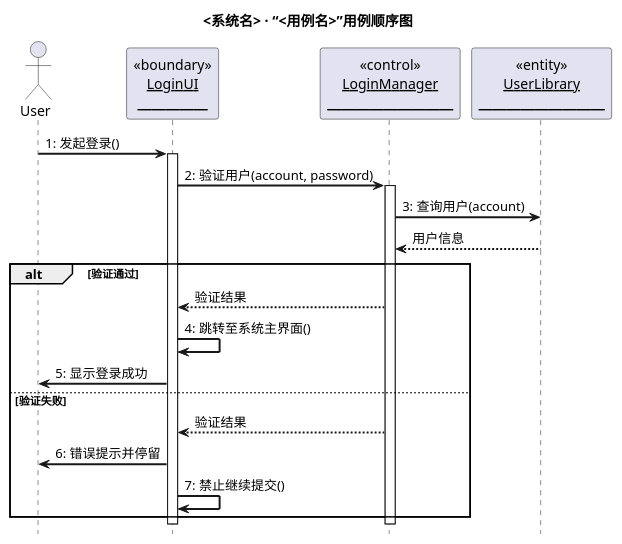
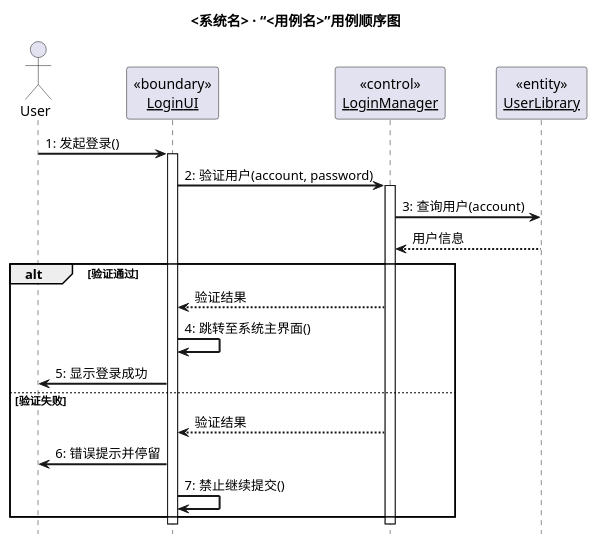
The second of 5 diagrams in uml-to-plantuml/references/behavioral.md (ashyh123/uml-to-plantuml), drawn with PlantUML before and after one commit. The commit also changed other lines of this file and 2 other files, not shown here.

Commit message:
顺序图参与者去掉模拟下划线(PlantUML无法渲染真下划线), 保留构造型+加粗名称

````diff
--- a/uml-to-plantuml/references/behavioral.md
+++ b/uml-to-plantuml/references/behavioral.md
@@ -60,33 +60,33 @@
 ```plantuml
 @startuml
 skinparam backgroundColor #FFFFFF
 skinparam sequenceArrowThickness 2
 skinparam NoteBackgroundColor #FFF7CC
 skinparam NoteBorderColor #CC9900
 title <系统名> · “<用例名>”用例顺序图
 hide footbox
 
 actor User
-participant "«boundary»\n__LoginUI__\n<u>＿＿＿＿＿</u>" as UI
-participant "«control»\n__LoginManager__\n<u>＿＿＿＿＿＿＿＿＿</u>" as CM
-participant "«entity»\n__UserLibrary__\n<u>＿＿＿＿＿＿＿＿＿</u>" as UL
+participant "«boundary»\n__LoginUI__" as UI
+participant "«control»\n__LoginManager__" as CM
+participant "«entity»\n__UserLibrary__" as UL
 
 User -> UI : 1: 发起登录()
 activate UI
 UI -> CM : 2: 验证用户(account, password)
 activate CM
 CM -> UL : 3: 查询用户(account)
 UL --> CM : 用户信息
 alt 验证通过
   CM --> UI : 验证结果
   UI -> UI : 4: 跳转至系统主界面()
   UI -> User : 5: 显示登录成功
 else 验证失败
   CM --> UI : 验证结果
   UI -> User : 6: 错误提示并停留
   UI -> UI : 7: 禁止继续提交()
 end
 deactivate CM
 deactivate UI
 @enduml
 ```
````
